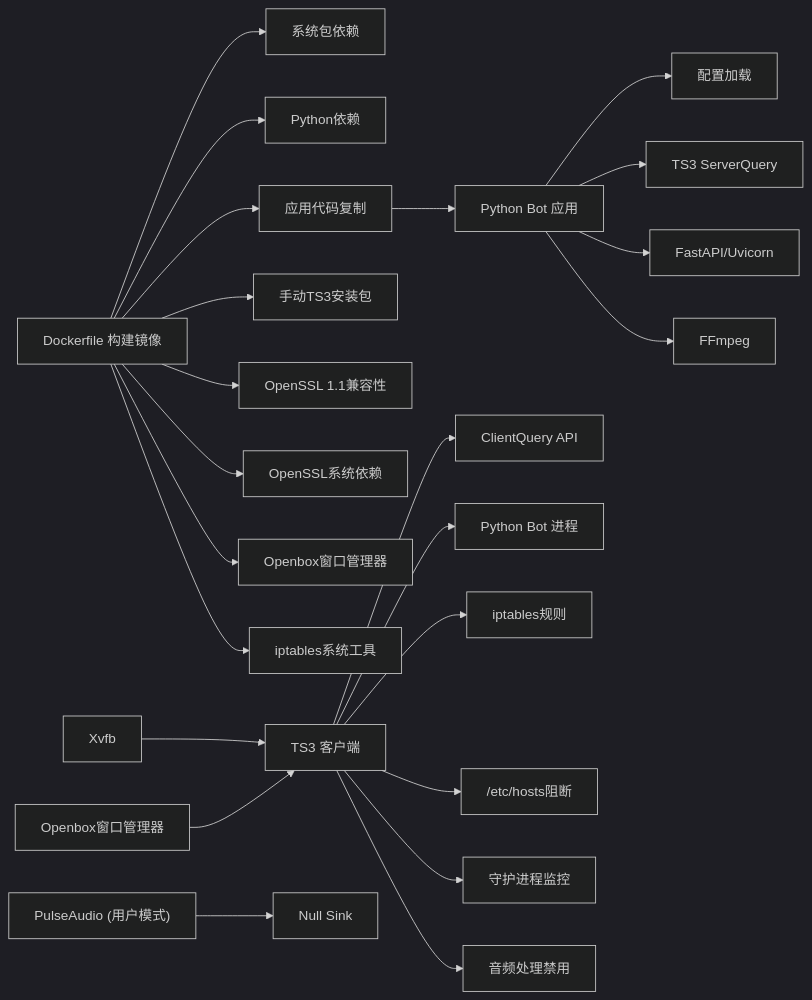
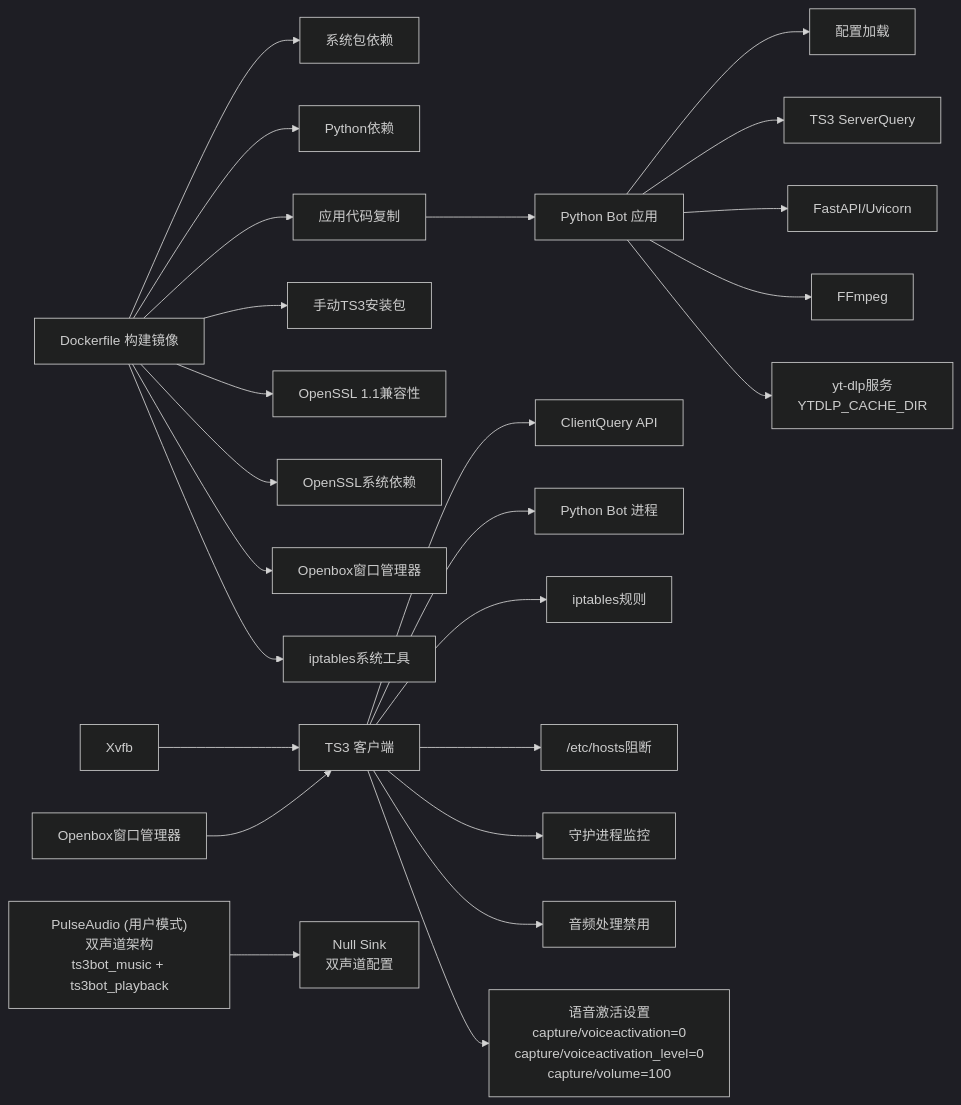
One commit to GhoulOwl/Teamspeak3_Bot changed the third of 3 diagrams in .qoder/repowiki/zh/content/部署和运维/Docker容器化部署.md. Above: the diagram before and after it, drawn with Mermaid (dark theme). The commit also changed other lines of this file and 7 other files, not shown here.

````diff
--- a/.qoder/repowiki/zh/content/部署和运维/Docker容器化部署.md
+++ b/.qoder/repowiki/zh/content/部署和运维/Docker容器化部署.md
@@ -337,25 +348,27 @@
 ```mermaid
 graph LR
 Dockerfile["Dockerfile 构建镜像"] --> SysPkgs["系统包依赖"]
 Dockerfile --> PyDeps["Python依赖"]
 Dockerfile --> AppCopy["应用代码复制"]
 Dockerfile --> TS3Manual["手动TS3安装包"]
 Dockerfile --> OpenSSLCompat["OpenSSL 1.1兼容性"]
 Dockerfile --> OpenSSLDep["OpenSSL系统依赖"]
 Dockerfile --> OpenboxWM["Openbox窗口管理器"]
 Dockerfile --> IptablesDep["iptables系统工具"]
 AppCopy --> Bot["Python Bot 应用"]
 Bot --> Config["配置加载"]
 Bot --> TS3["TS3 ServerQuery"]
 Bot --> Webhook["FastAPI/Uvicorn"]
 Bot --> FFmpeg["FFmpeg"]
+Bot --> YTDLP["yt-dlp服务<br/>YTDLP_CACHE_DIR"]
 Xvfb["Xvfb"] --> TS3Client["TS3 客户端"]
 Openbox["Openbox窗口管理器"] --> TS3Client
-Pulse["PulseAudio (用户模式)"] --> NullSink["Null Sink"]
+Pulse["PulseAudio (用户模式)<br/>双声道架构<br/>ts3bot_music + ts3bot_playback"] --> NullSink["Null Sink<br/>双声道配置"]
 TS3Client --> ClientQuery["ClientQuery API"]
 TS3Client --> BotProc["Python Bot 进程"]
 TS3Client --> IptablesRules["iptables规则"]
 TS3Client --> HostsBlock["/etc/hosts阻断"]
 TS3Client --> Watchdog["守护进程监控"]
 TS3Client --> AudioDisable["音频处理禁用"]
+TS3Client --> VoiceActivation["语音激活设置<br/>capture/voiceactivation=0<br/>capture/voiceactivation_level=0<br/>capture/volume=100"]
 ```
````
